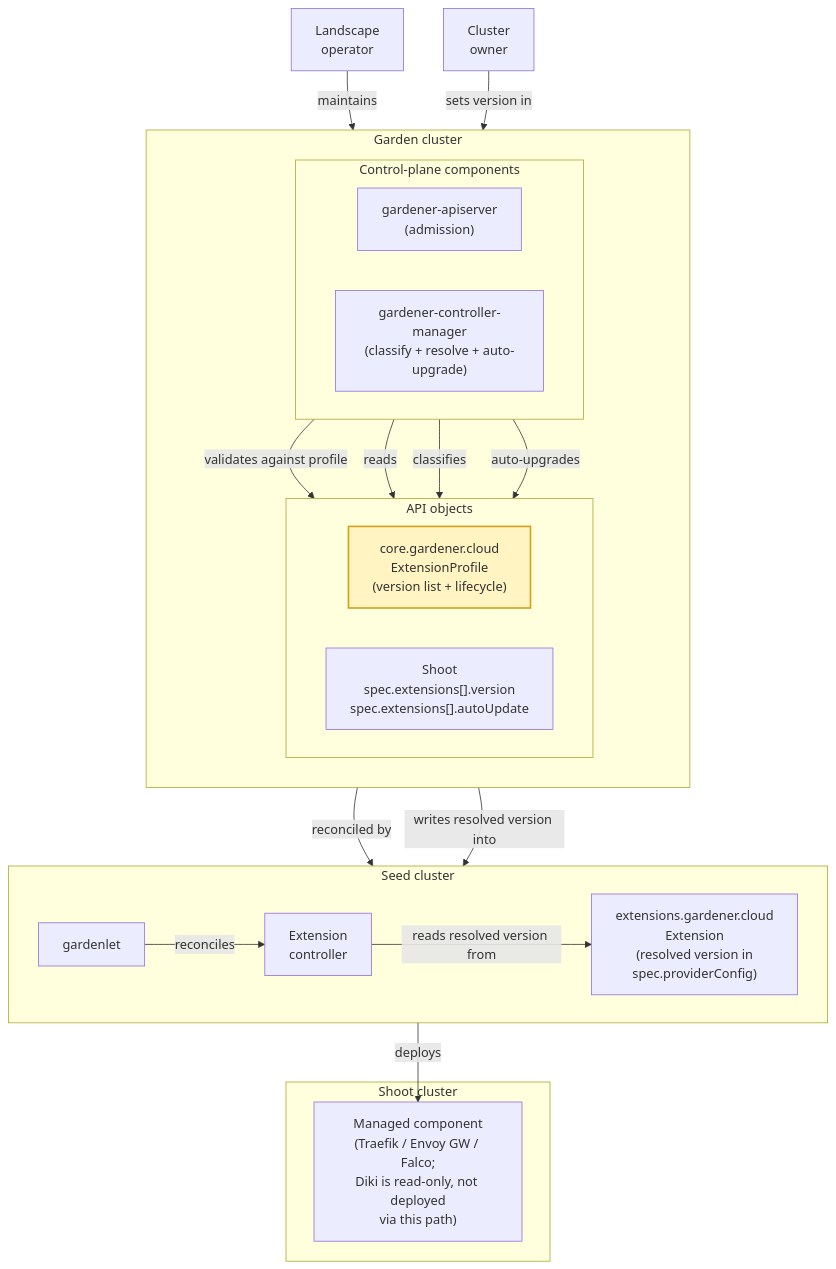
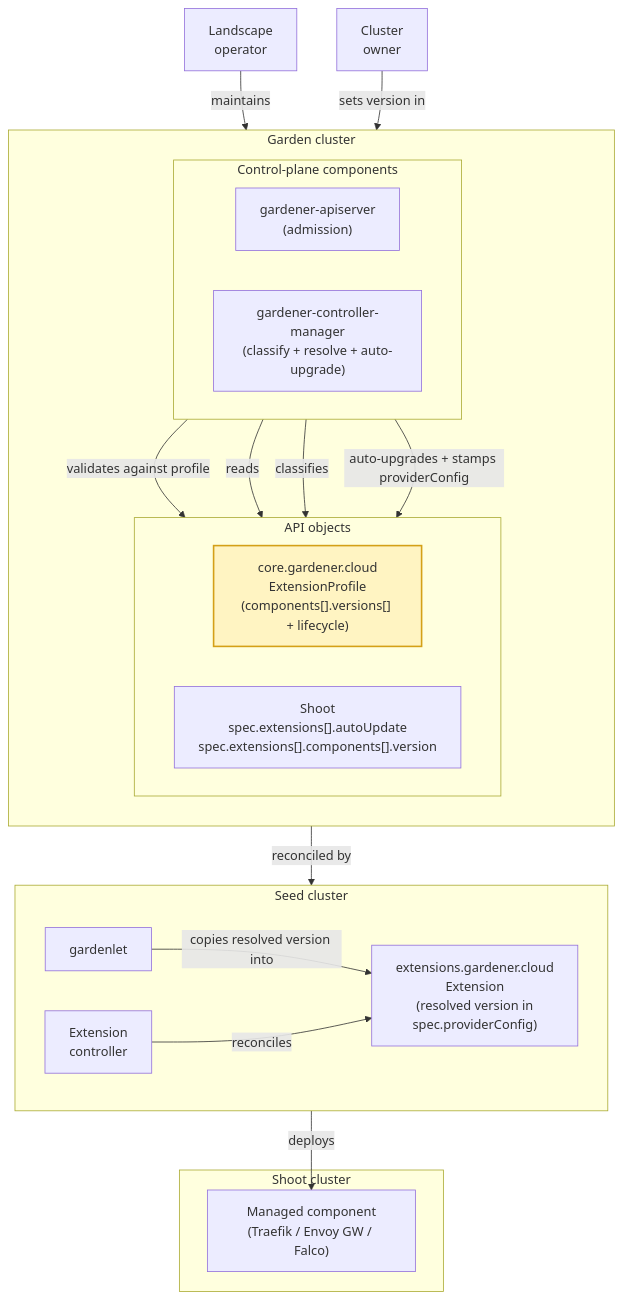
The second of 4 diagrams in geps/0078-extension-profile/README.md (DockToFuture/enhancements), drawn with Mermaid before and after one commit. The commit also changed other lines of this file and 3 other files, not shown here.

````diff
--- a/geps/0078-extension-profile/README.md
+++ b/geps/0078-extension-profile/README.md
@@ -447,52 +489,56 @@
 ```mermaid
 flowchart TB
   %% ── Row 1: Actors ─────────────────────────────────────────
   OP["Landscape<br/>operator"]
   OWN["Cluster<br/>owner"]
 
   %% ── Row 2: Garden cluster (API objects, then controllers) ─
   subgraph Garden["Garden cluster"]
     direction TB
     subgraph GardenAPIs["API objects"]
       direction LR
-      PROF["core.gardener.cloud<br/>ExtensionProfile<br/>(version list + lifecycle)"]
-      SH["Shoot<br/>spec.extensions[].version<br/>spec.extensions[].autoUpdate"]
+      PROF["core.gardener.cloud<br/>ExtensionProfile<br/>(components[].versions[] + lifecycle)"]
+      SH["Shoot<br/>spec.extensions[].autoUpdate<br/>spec.extensions[].components[].version"]
     end
     subgraph GardenCtrl["Control-plane components"]
       direction LR
       GAPI["gardener-apiserver<br/>(admission)"]
       GCM["gardener-controller-manager<br/>(classify + resolve + auto-upgrade)"]
     end
     GardenAPIs ~~~ GardenCtrl
   end
 
   %% ── Row 3: Seed cluster ───────────────────────────────────
   subgraph Seed["Seed cluster"]
     direction LR
     GL["gardenlet"]
     EXTSEED["extensions.gardener.cloud<br/>Extension<br/>(resolved version in<br/>spec.providerConfig)"]
     EXT["Extension<br/>controller"]
   end
 
   %% ── Row 4: Managed component ──────────────────────────────
   subgraph ShootCluster["Shoot cluster"]
-    PAY["Managed component<br/>(Traefik / Envoy GW / Falco;<br/>Diki is read-only, not deployed<br/>via this path)"]
+    PAY["Managed component<br/>(Traefik / Envoy GW / Falco)"]
   end
 
+  %% Actor → specific API object (not the whole garden box)
   OP  -- maintains          --> PROF
   OWN -- sets version in       --> SH
 
+  %% Admission & classification (arrows flow controllers → APIs
+  %% so the layout engine ranks API objects above controllers)
   GAPI -- validates against profile --> SH
   GAPI -- reads                      --> PROF
   GCM  -- classifies                 --> PROF
-  GCM  -- auto-upgrades              --> SH
+  GCM  -- auto-upgrades + stamps providerConfig --> SH
 
+  %% Garden → seed → shoot deployment path
   SH   -- reconciled by                 --> GL
-  GCM  -- writes resolved version into  --> EXTSEED
-  GL   -- reconciles                    --> EXT
-  EXT  -- reads resolved version from   --> EXTSEED
+  GL   -- copies resolved version into  --> EXTSEED
+  EXT  -- reconciles                    --> EXTSEED
   EXT  -- deploys                       --> PAY
 
+  %% Highlight where the version list lives
   classDef newResource fill:#fff4c2,stroke:#d4a017,stroke-width:2px;
   class PROF newResource;
 ```
````
